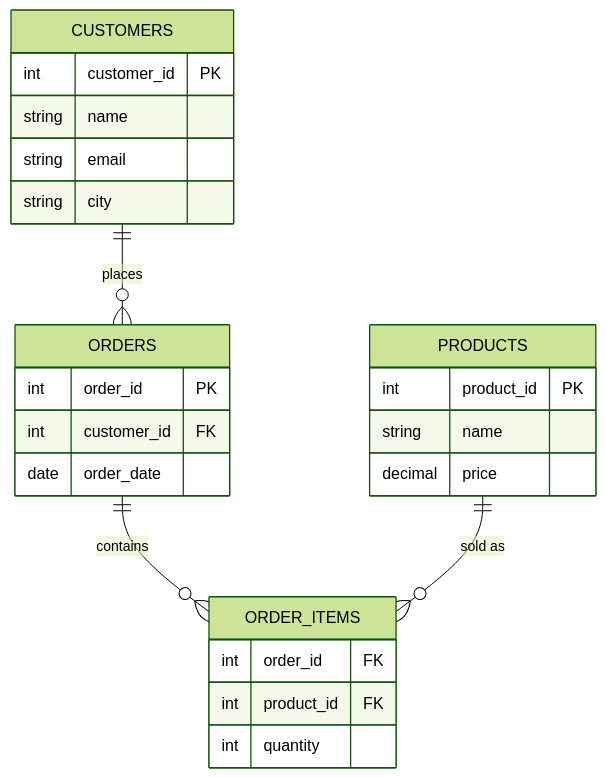
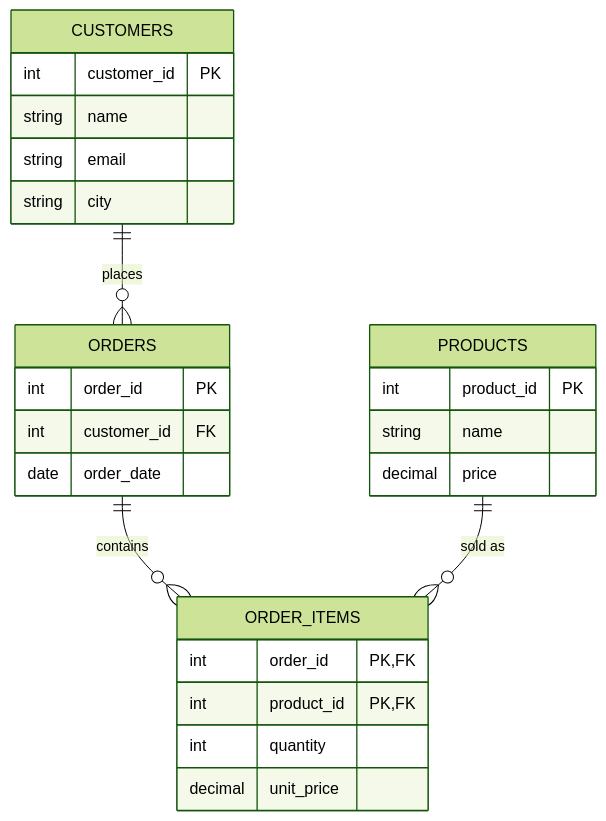
The diagram in 02-sql/12-normalization.md (Min-Thein-Khaing/learn-databases), drawn with Mermaid (forest theme) before and after one commit. The commit also changed other lines of this file, not shown here.

````diff
--- a/02-sql/12-normalization.md
+++ b/02-sql/12-normalization.md
@@ -142,27 +255,28 @@
 ```mermaid
 erDiagram
     CUSTOMERS ||--o{ ORDERS : places
     ORDERS ||--o{ ORDER_ITEMS : contains
     PRODUCTS ||--o{ ORDER_ITEMS : "sold as"
     CUSTOMERS {
         int customer_id PK
         string name
         string email
         string city
     }
     ORDERS {
         int order_id PK
         int customer_id FK
         date order_date
     }
     ORDER_ITEMS {
-        int order_id FK
-        int product_id FK
+        int order_id PK, FK
+        int product_id PK, FK
         int quantity
+        decimal unit_price
     }
     PRODUCTS {
         int product_id PK
         string name
         decimal price
     }
 ```
````
